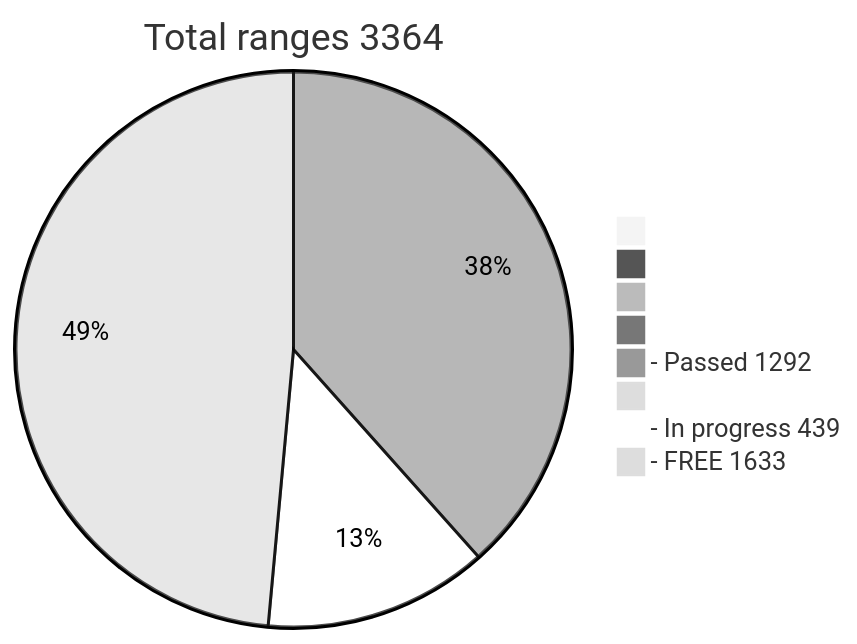
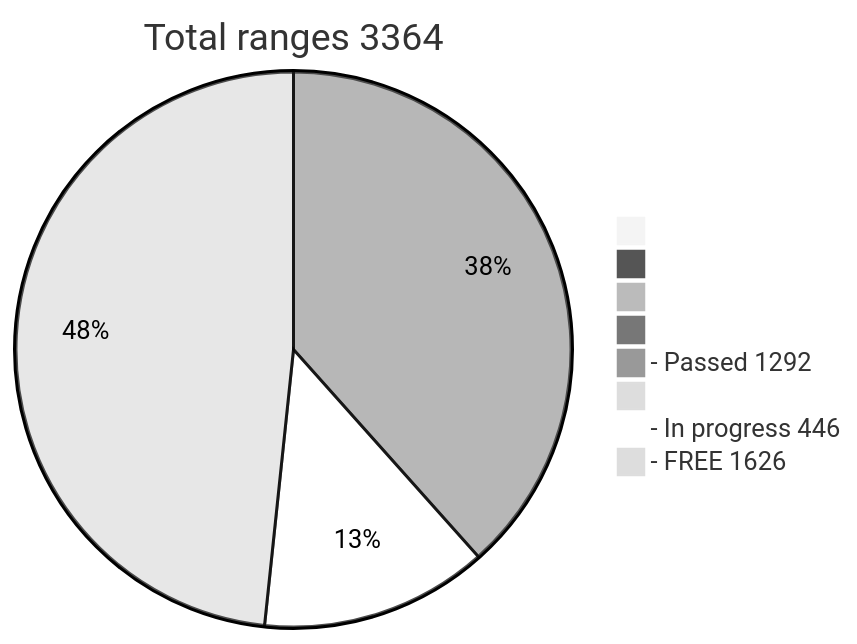
The diagram in README.md (phrutis/wif500), drawn with Mermaid (neutral theme) before and after one commit.

````diff
--- a/README.md
+++ b/README.md
@@ -16,12 +16,12 @@
 ```mermaid
 pie title Total ranges 3364
              " " : 0
             "  " : 0
            "   " : 0
           "    " : 0
   "- Passed 1292" : 1292
          "     " : 0
-  "- In progress 439" : 439
-   "- FREE 1633" : 1633
+  "- In progress 446" : 446
+   "- FREE 1626" : 1626
    
 ```
````
